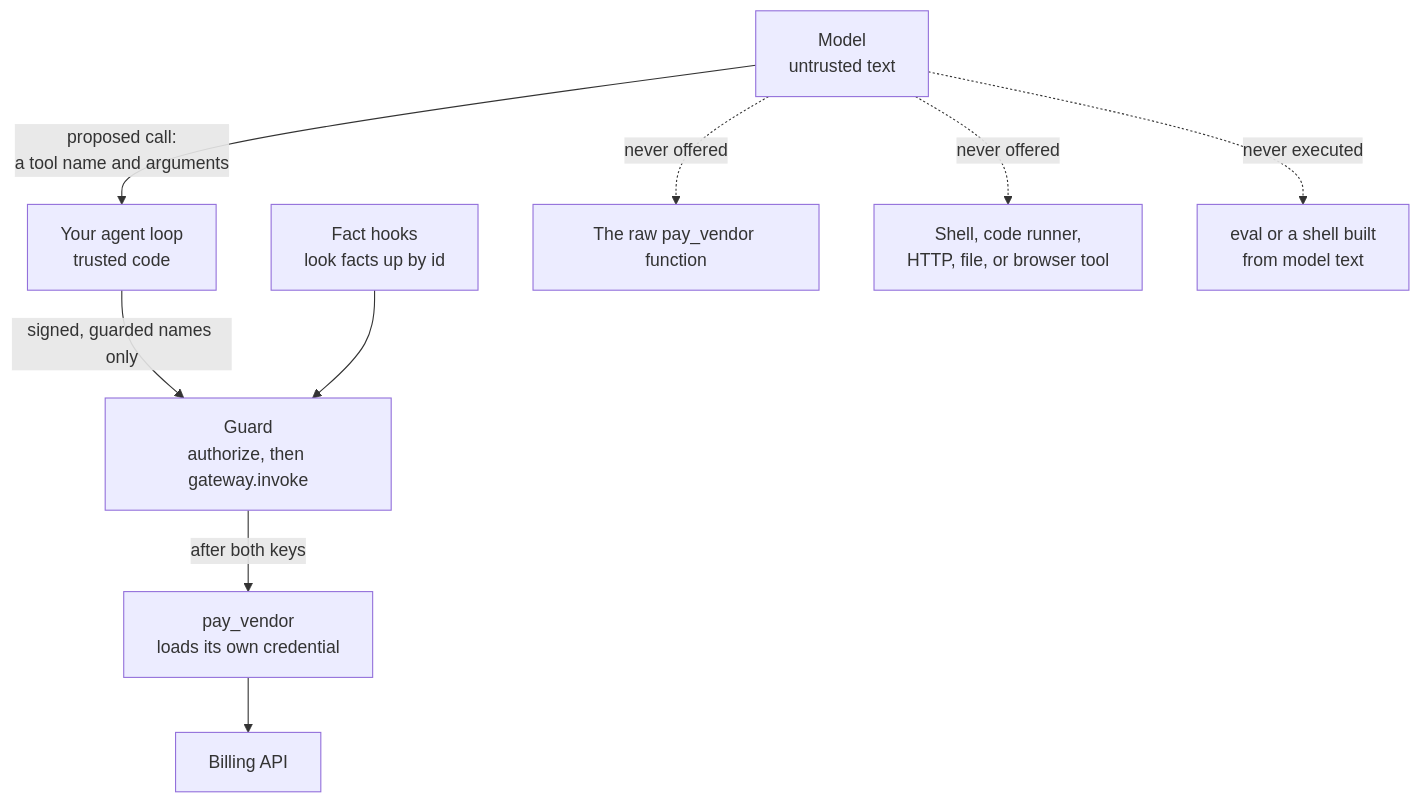
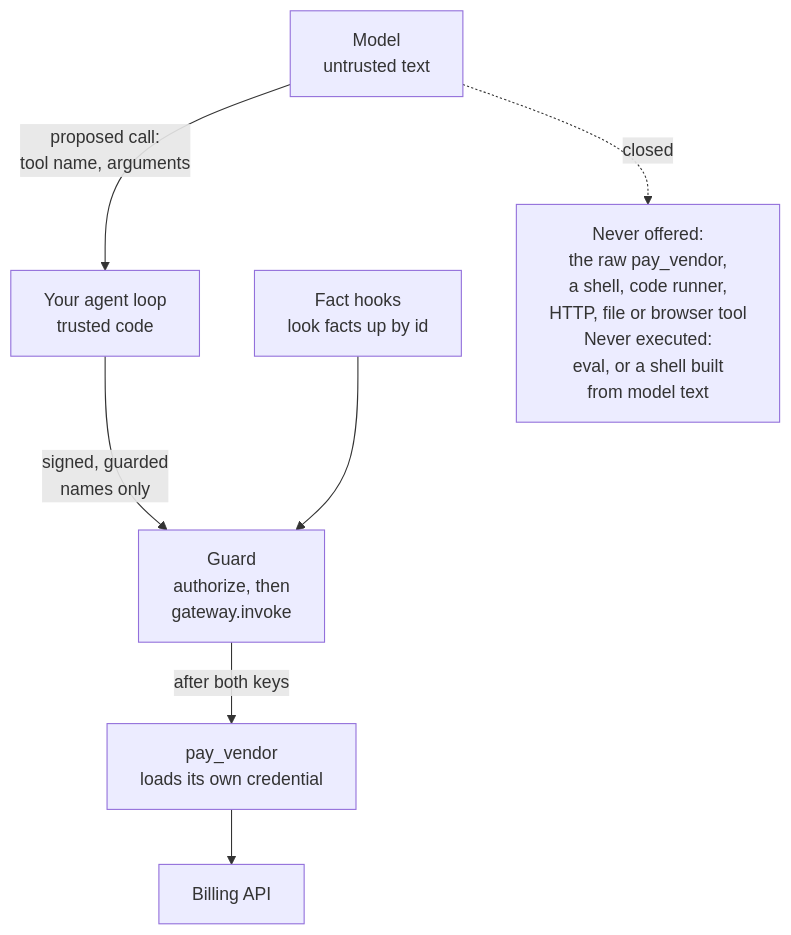
Before and after one commit to Insomniac-VibeLabs/two-key: the fourth of 5 diagrams in docs/CONNECTING.md, drawn with Mermaid. The commit also changed other lines of this file and 12 other files, not shown here.

First line of the commit message:
Redraw every diagram to one house style, checked by a test (#29)

````diff
--- a/docs/CONNECTING.md
+++ b/docs/CONNECTING.md
@@ -331,11 +337,9 @@
 ```mermaid
 flowchart TD
-  model["Model<br/>untrusted text"] -- "proposed call:<br/>a tool name and arguments" --> app["Your agent loop<br/>trusted code"]
-  app -- "signed, guarded names only" --> guard["Guard<br/>authorize, then gateway.invoke"]
+  model["Model<br/>untrusted text"] -- "proposed call:<br/>tool name, arguments" --> app["Your agent loop<br/>trusted code"]
+  app -- "signed, guarded<br/>names only" --> guard["Guard<br/>authorize, then<br/>gateway.invoke"]
   hooks["Fact hooks<br/>look facts up by id"] --> guard
   guard -- "after both keys" --> fn["pay_vendor<br/>loads its own credential"]
   fn --> api["Billing API"]
-  model -. "never offered" .-> raw["The raw pay_vendor function"]
-  model -. "never offered" .-> general["Shell, code runner,<br/>HTTP, file, or browser tool"]
-  model -. "never executed" .-> evalx["eval or a shell built<br/>from model text"]
+  model -. "closed" .-> never["Never offered:<br/>the raw pay_vendor,<br/>a shell, code runner,<br/>HTTP, file or browser tool<br/>Never executed:<br/>eval, or a shell built<br/>from model text"]
 ```
````
